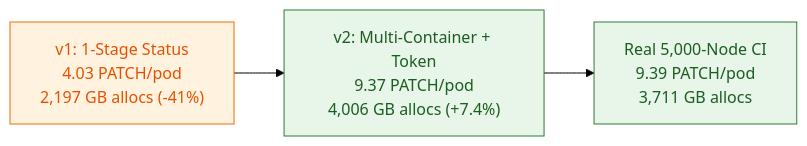
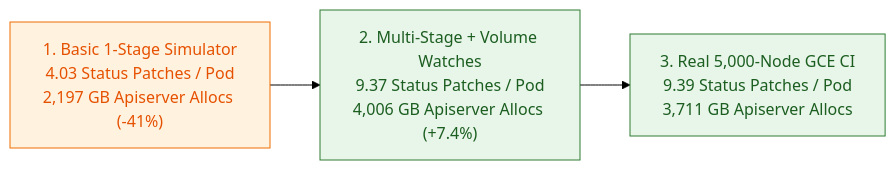
Before and after one commit to Jefftree/kubelite: the diagram in studies/2026-10-08-5k-fidelity-validation.md, drawn with Mermaid (forest theme). The commit also changed other lines of this file and 4 other files, not shown here.

````diff
--- a/studies/2026-10-08-5k-fidelity-validation.md
+++ b/studies/2026-10-08-5k-fidelity-validation.md
@@ -9,10 +11,10 @@
 ```mermaid
 flowchart LR
-    V1["v1: 1-Stage Status<br/>4.03 PATCH/pod<br/>2,197 GB allocs (-41%)"] --> V2["v2: Multi-Container + Token<br/>9.37 PATCH/pod<br/>4,006 GB allocs (+7.4%)"]
-    V2 --> Real["Real 5,000-Node CI<br/>9.39 PATCH/pod<br/>3,711 GB allocs"]
+    V1["1. Basic 1-Stage Simulator<br/>4.03 Status Patches / Pod<br/>2,197 GB Apiserver Allocs (-41%)"] --> V2["2. Multi-Stage + Volume Watches<br/>9.37 Status Patches / Pod<br/>4,006 GB Apiserver Allocs (+7.4%)"]
+    V2 --> Real["3. Real 5,000-Node GCE CI<br/>9.39 Status Patches / Pod<br/>3,711 GB Apiserver Allocs"]
 
     classDef warn fill:#fff3e0,stroke:#ef6c00,color:#e65100
     classDef good fill:#e8f5e9,stroke:#2e7d32,color:#1b5e20
     class V1 warn
     class V2,Real good
 ```
````
